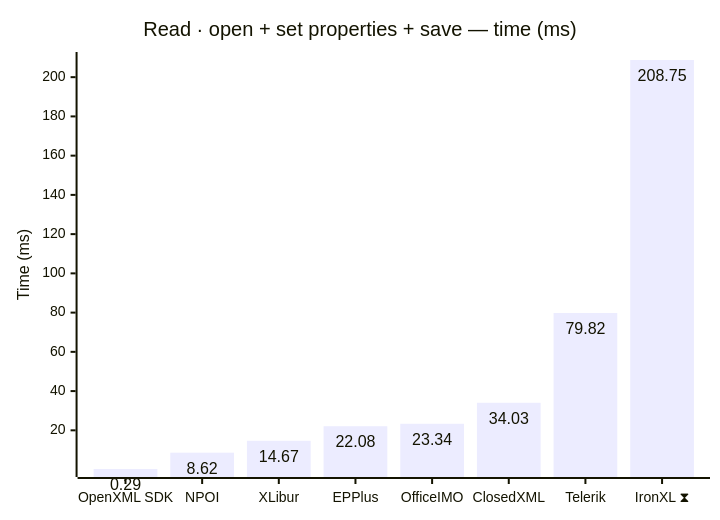
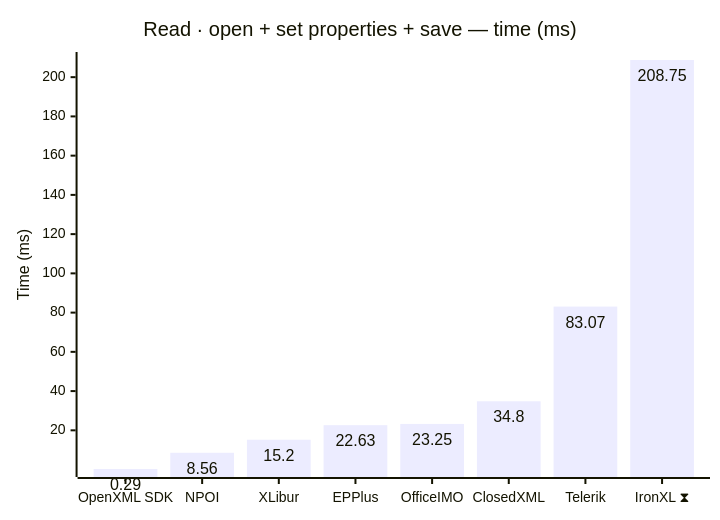
One commit to jafin/XLBench changed the first of 12 diagrams in docs/results.md. Above: the diagram before and after it, drawn with Mermaid. The commit also changed other lines of this file and 4 other files, not shown here.

````diff
--- a/docs/results.md
+++ b/docs/results.md
@@ -42,12 +42,12 @@
 ```mermaid
 ---
 config:
   xyChart:
     showDataLabel: true
 ---
 xychart-beta
     title "Read · open + set properties + save — time (ms)"
     x-axis ["OpenXML SDK", "NPOI", "XLibur", "EPPlus", "OfficeIMO", "ClosedXML", "Telerik", "IronXL ⧗"]
     y-axis "Time (ms)"
-    bar [0.29, 8.62, 14.67, 22.08, 23.34, 34.03, 79.82, 208.75]
+    bar [0.29, 8.56, 15.2, 22.63, 23.25, 34.8, 83.07, 208.75]
 ```
````
